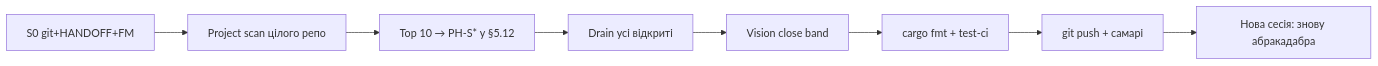
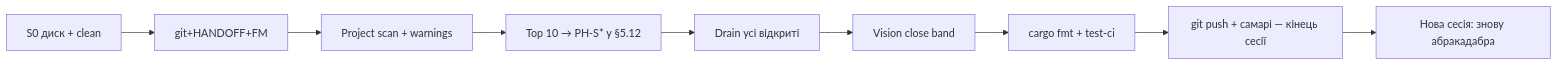
Before and after one commit to platinoff/poolAI: the diagram in .cursor/rules/poolai-session-iteration.mdc, drawn with Mermaid. The commit also changed other lines of this file and 23 other files, not shown here.

First line of the commit message:
docs(vdt): abracadabra S0 disk + warnings-first + end push

````diff
--- a/.cursor/rules/poolai-session-iteration.mdc
+++ b/.cursor/rules/poolai-session-iteration.mdc
@@ -92,10 +100,11 @@
 ```mermaid
 flowchart LR
-  S0[S0 git+HANDOFF+FM] --> Scan[Project scan цілого репо]
+  Disk[S0 диск + clean] --> GitDocs[git+HANDOFF+FM]
+  GitDocs --> Scan[Project scan + warnings]
   Scan --> Pick[Top 10 → PH-S* у §5.12]
   Pick --> Drain[Drain усі відкриті]
   Drain --> Vision[Vision close band]
   Vision --> Test[cargo fmt + test-ci]
-  Test --> Push[git push + самарі]
+  Test --> Push[git push + самарі — кінець сесії]
   Push --> Next[Нова сесія: знову абракадабра]
 ```
````
